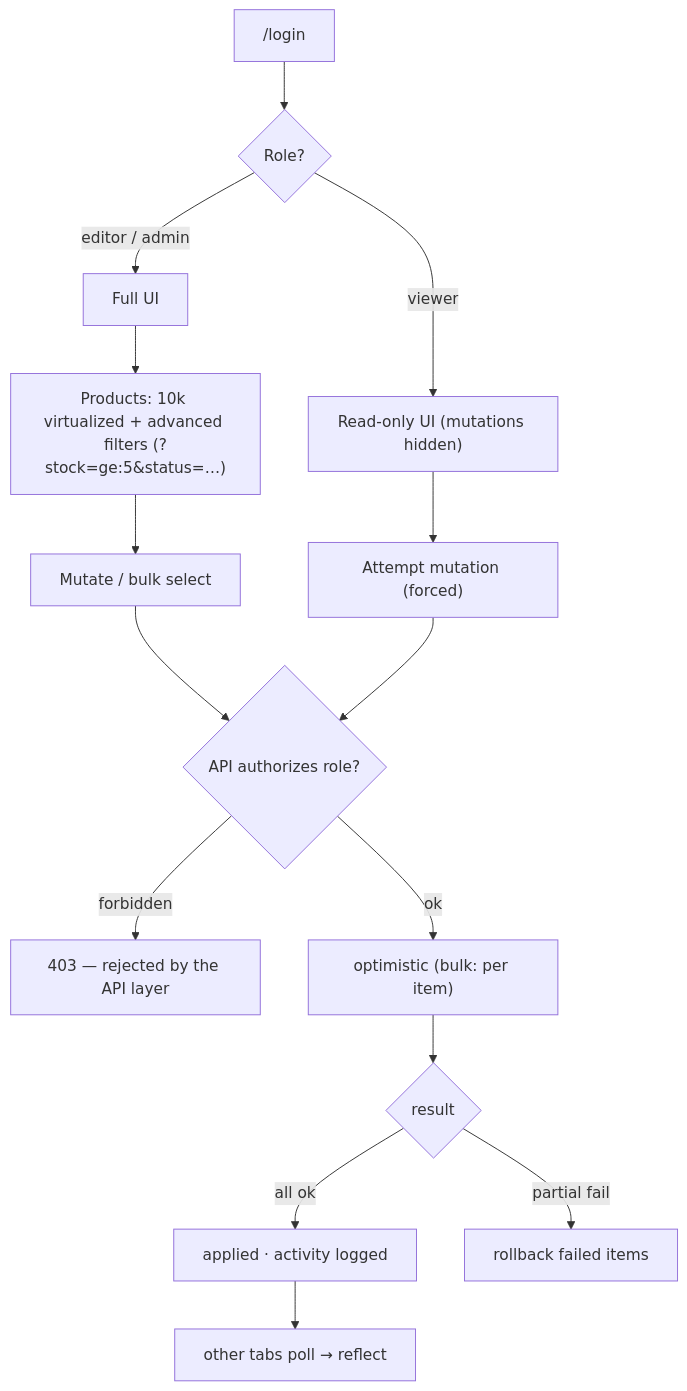
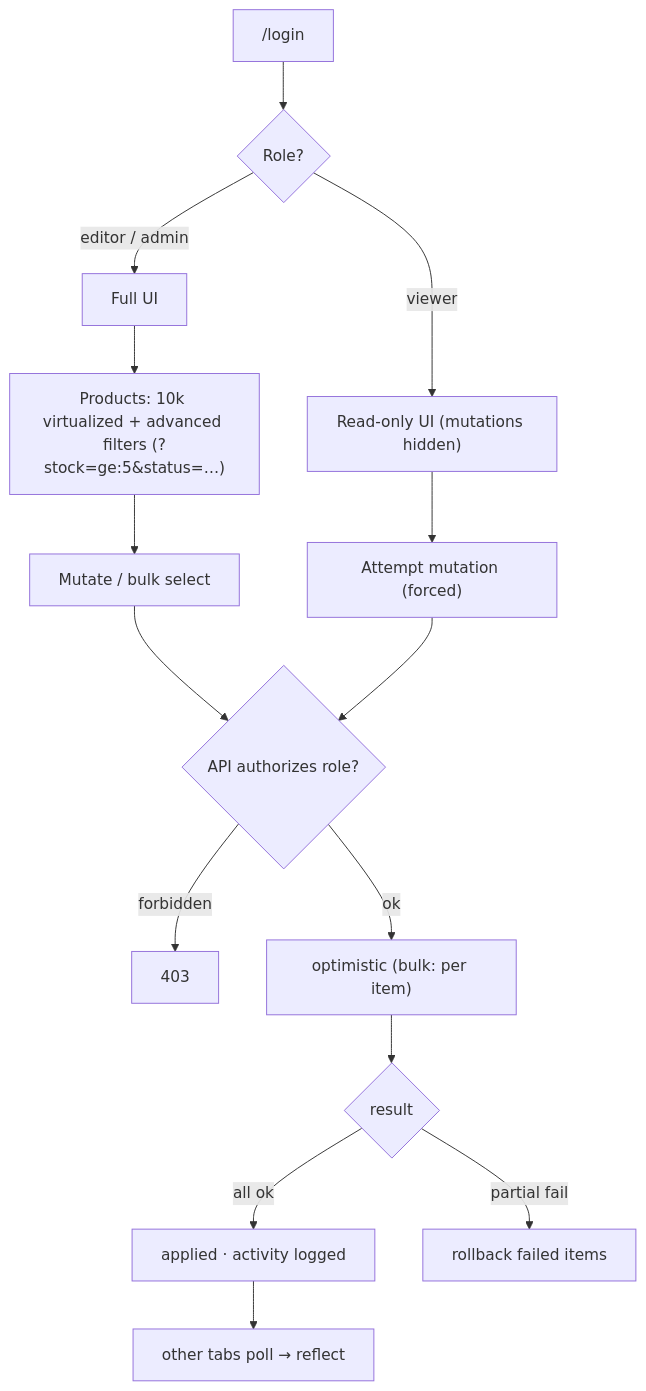
One commit to trungnd-voyager/training changed the diagram in projects/admin/senior/flow.md. Above: the diagram before and after it, drawn with Mermaid. The commit also changed 11 other files, not shown here.

Commit message:
Update evaluation and flow documentation for blog and admin

````diff
--- a/projects/admin/senior/flow.md
+++ b/projects/admin/senior/flow.md
@@ -5,17 +5,17 @@
 ```mermaid
 flowchart TD
   Login["/login"] --> Role{"Role?"}
   Role -- viewer --> RO["Read-only UI (mutations hidden)"]
   Role -- editor / admin --> RW["Full UI"]
   RW --> Table["Products: 10k virtualized + advanced filters (?stock=ge:5&status=…)"]
   Table --> Mut["Mutate / bulk select"]
   RO --> Try["Attempt mutation (forced)"]
   Mut --> Auth{"API authorizes role?"}
   Try --> Auth
-  Auth -- forbidden --> F403["403 — rejected by the API layer"]
+  Auth -- forbidden --> F403["403"]
   Auth -- ok --> Opt["optimistic (bulk: per item)"]
   Opt --> Res{"result"}
   Res -- all ok --> Done["applied · activity logged"]
   Res -- partial fail --> RB["rollback failed items"]
   Done --> Sync["other tabs poll → reflect"]
 ```
````
